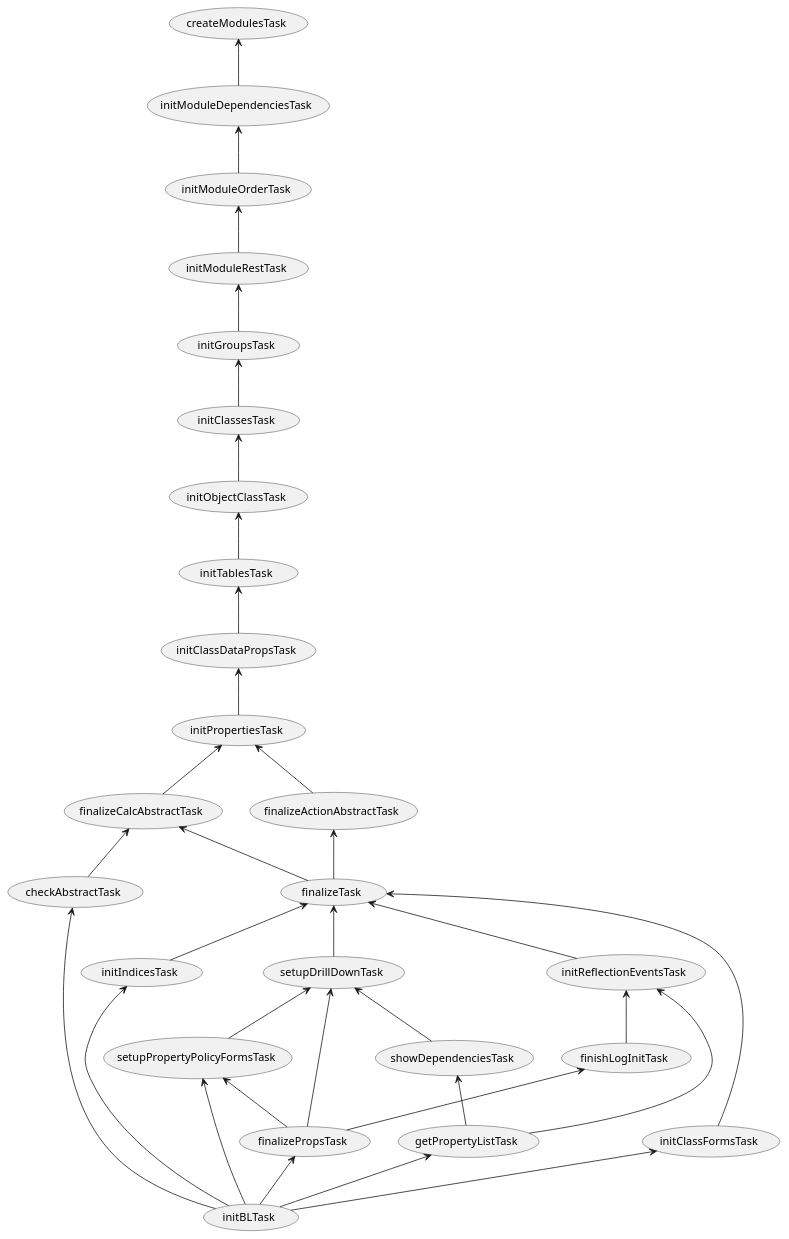
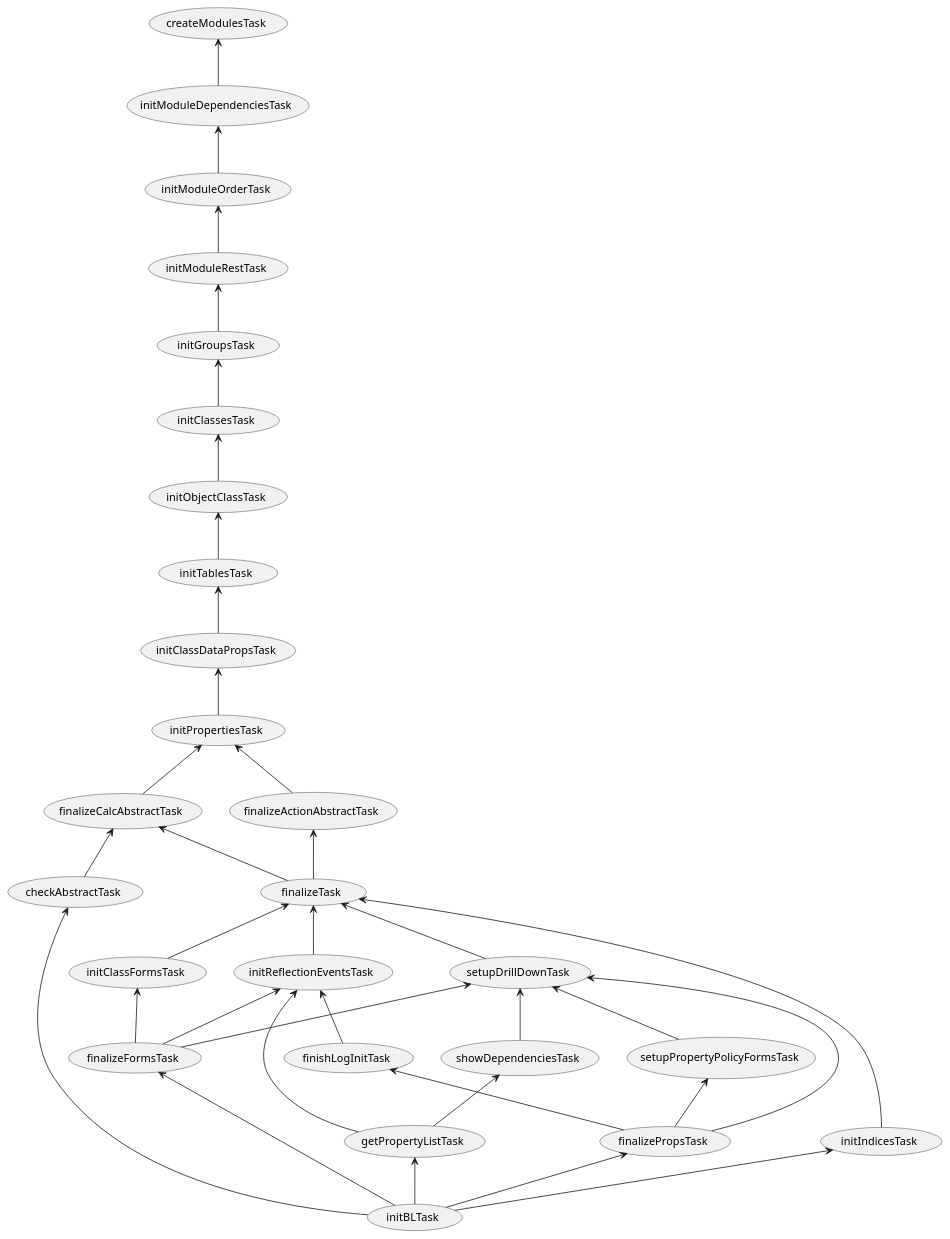
One commit to lsfusion/platform changed the diagram in server/src/main/resources/settings/common-bl-settings-task-graph.puml. Above: the diagram before and after it, drawn with PlantUML.

```diff
--- a/server/src/main/resources/settings/common-bl-settings-task-graph.puml
+++ b/server/src/main/resources/settings/common-bl-settings-task-graph.puml
@@ -5,36 +5,38 @@
 @startuml
 
 (createModulesTask) <-- (initModuleDependenciesTask)
 (initModuleDependenciesTask) <-- (initModuleOrderTask)
 (initModuleOrderTask) <-- (initModuleRestTask)
 (initModuleRestTask) <-- (initGroupsTask)
 (initGroupsTask) <-- (initClassesTask)
 (initClassesTask) <-- (initObjectClassTask)
 (initObjectClassTask) <-- (initTablesTask)
 (initTablesTask) <-- (initClassDataPropsTask)
 (initClassDataPropsTask) <-- (initPropertiesTask)
 (initPropertiesTask) <-- (finalizeCalcAbstractTask)
 (initPropertiesTask) <-- (finalizeActionAbstractTask)
 (finalizeCalcAbstractTask) <-- (checkAbstractTask)
 (finalizeCalcAbstractTask) <-- (finalizeTask)
 (finalizeActionAbstractTask) <-- (finalizeTask)
 (finalizeTask) <-- (initReflectionEventsTask)
 (initReflectionEventsTask) <-- (finishLogInitTask)
 (setupDrillDownTask) <-- (setupPropertyPolicyFormsTask)
 (finalizeTask) <-- (setupDrillDownTask)
 (setupDrillDownTask) <-- (showDependenciesTask)
 (initReflectionEventsTask) <-- (getPropertyListTask)
 (showDependenciesTask) <-- (getPropertyListTask)
 (setupDrillDownTask) <-- (finalizePropsTask)
 (finishLogInitTask) <-- (finalizePropsTask)
 (setupPropertyPolicyFormsTask) <-- (finalizePropsTask)
 (finalizeTask) <-- (initClassFormsTask)
 (finalizeTask) <-- (initIndicesTask)
+(initClassFormsTask) <-- (finalizeFormsTask)
+(setupDrillDownTask) <-- (finalizeFormsTask)
+(initReflectionEventsTask) <-- (finalizeFormsTask)
 (checkAbstractTask) <-- (initBLTask)
 (getPropertyListTask) <-- (initBLTask)
-(setupPropertyPolicyFormsTask) <-- (initBLTask)
 (finalizePropsTask) <-- (initBLTask)
 (initIndicesTask) <-- (initBLTask)
-(initClassFormsTask) <-- (initBLTask)
+(finalizeFormsTask) <-- (initBLTask)
 
 @enduml
```
